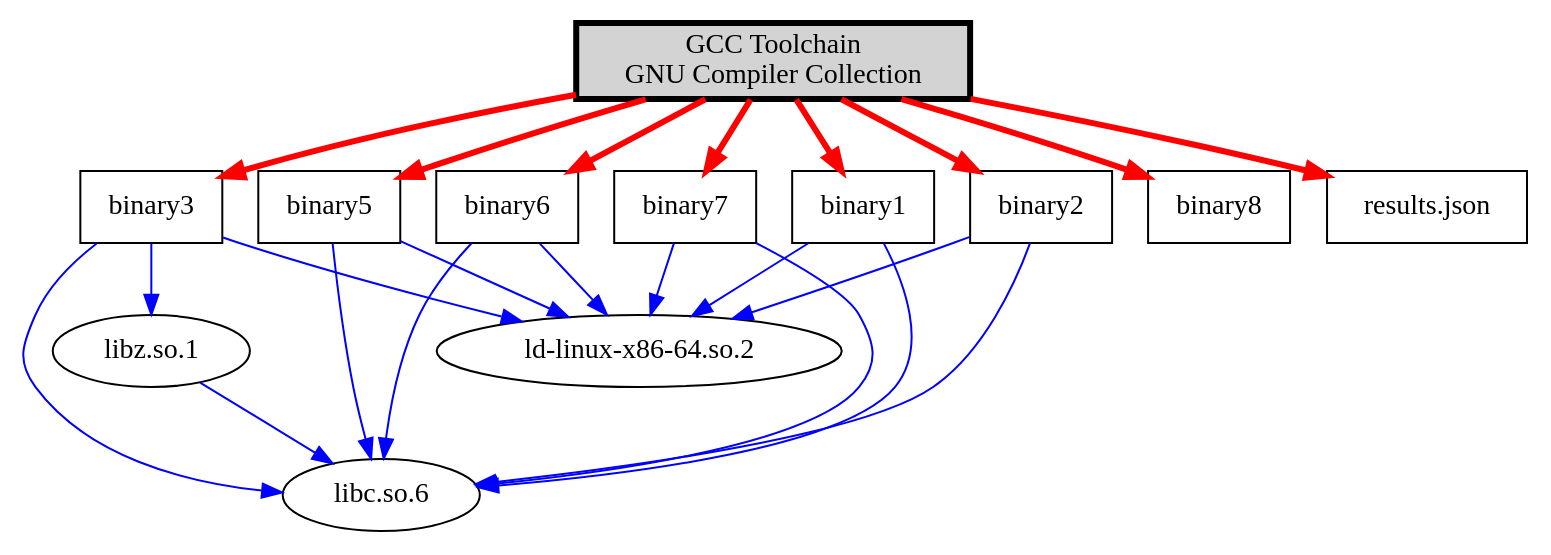
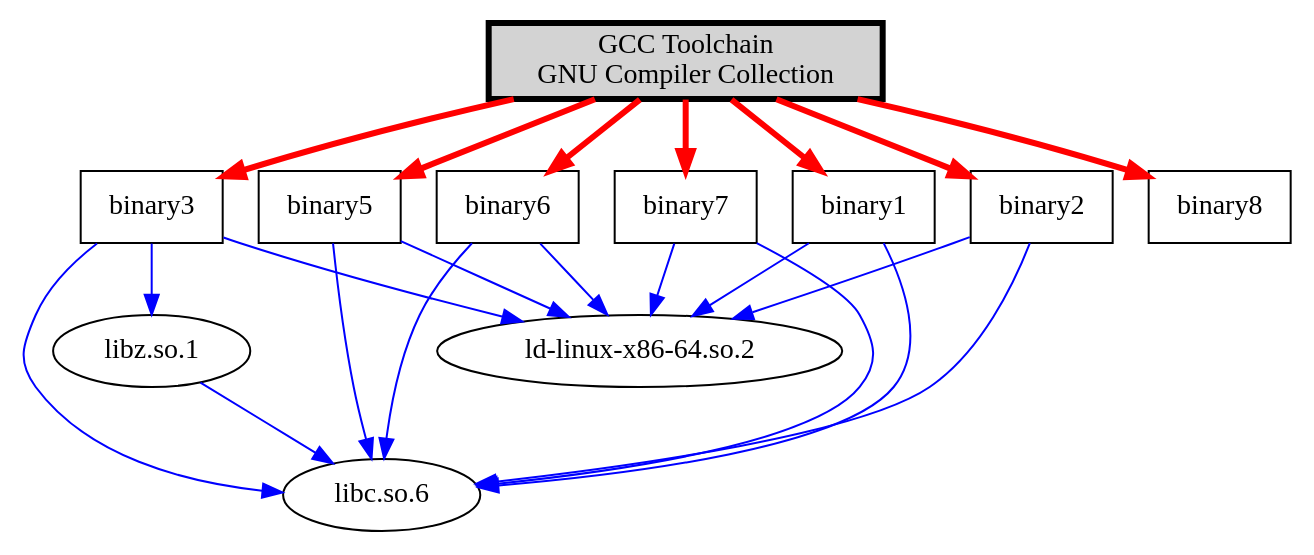
One commit to p7k-S/ISPuaro changed the diagram in scripts/sbom_graph.dot. Above: the diagram before and after it, drawn with Graphviz. The commit also changed 2 other files, not shown here.

```diff
--- a/scripts/sbom_graph.dot
+++ b/scripts/sbom_graph.dot
@@ -1,40 +1,38 @@
 digraph SBOM {
     node [shape=record];
     // Metadata
     // Platform: x86_64-linux-gnu (x86_64)
     // Description: GNU Compiler Collection
     "pkg:deb/debian/gcc@4.1.2" [label="GCC Toolchain\nGNU Compiler Collection", shape=box, style="bold,filled", fillcolor=lightgray, penwidth=3];
     "2bc75fa5ad779c5329d271546bcf9f65" [label="binary1\n", shape=box];
     "pkg:deb/debian/gcc@4.1.2" -> "2bc75fa5ad779c5329d271546bcf9f65" [color=red, style=bold, penwidth=3];
     "2bc75fa5ad779c5329d271546bcf9f65" -> "009a09df458d78514d3f7324b74da26c" [color=blue];
     "2bc75fa5ad779c5329d271546bcf9f65" -> "786209f5ea18ea186d34979aa51f3343" [color=blue];
     "009a09df458d78514d3f7324b74da26c" [label="libc.so.6\n", shape=ellipse];
     "786209f5ea18ea186d34979aa51f3343" [label="ld-linux-x86-64.so.2\n", shape=ellipse];
     "2f25beac43c57116de46e227db57d08b" [label="binary2\n", shape=box];
     "pkg:deb/debian/gcc@4.1.2" -> "2f25beac43c57116de46e227db57d08b" [color=red, style=bold, penwidth=3];
     "2f25beac43c57116de46e227db57d08b" -> "009a09df458d78514d3f7324b74da26c" [color=blue];
     "2f25beac43c57116de46e227db57d08b" -> "786209f5ea18ea186d34979aa51f3343" [color=blue];
     "ca21ec459bc61bf3f37b802de95643b5" [label="binary3\n", shape=box];
     "pkg:deb/debian/gcc@4.1.2" -> "ca21ec459bc61bf3f37b802de95643b5" [color=red, style=bold, penwidth=3];
     "ca21ec459bc61bf3f37b802de95643b5" -> "a472f69d270ee71120f52afd509771bc" [color=blue];
     "ca21ec459bc61bf3f37b802de95643b5" -> "009a09df458d78514d3f7324b74da26c" [color=blue];
     "ca21ec459bc61bf3f37b802de95643b5" -> "786209f5ea18ea186d34979aa51f3343" [color=blue];
     "a472f69d270ee71120f52afd509771bc" [label="libz.so.1\n", shape=ellipse];
     "a472f69d270ee71120f52afd509771bc" -> "009a09df458d78514d3f7324b74da26c" [color=blue];
     "9d7a37a8d8926db082066c37ff6852fc" [label="binary5\n", shape=box];
     "pkg:deb/debian/gcc@4.1.2" -> "9d7a37a8d8926db082066c37ff6852fc" [color=red, style=bold, penwidth=3];
     "9d7a37a8d8926db082066c37ff6852fc" -> "009a09df458d78514d3f7324b74da26c" [color=blue];
     "9d7a37a8d8926db082066c37ff6852fc" -> "786209f5ea18ea186d34979aa51f3343" [color=blue];
     "146b59f46d09b9234d28aa1db18a8e88" [label="binary6\n", shape=box];
     "pkg:deb/debian/gcc@4.1.2" -> "146b59f46d09b9234d28aa1db18a8e88" [color=red, style=bold, penwidth=3];
     "146b59f46d09b9234d28aa1db18a8e88" -> "009a09df458d78514d3f7324b74da26c" [color=blue];
     "146b59f46d09b9234d28aa1db18a8e88" -> "786209f5ea18ea186d34979aa51f3343" [color=blue];
     "40aa837904b50328ebbf3a3380e966dc" [label="binary7\n", shape=box];
     "pkg:deb/debian/gcc@4.1.2" -> "40aa837904b50328ebbf3a3380e966dc" [color=red, style=bold, penwidth=3];
     "40aa837904b50328ebbf3a3380e966dc" -> "009a09df458d78514d3f7324b74da26c" [color=blue];
     "40aa837904b50328ebbf3a3380e966dc" -> "786209f5ea18ea186d34979aa51f3343" [color=blue];
     "26baa7feee82f39e2738cfe1f603d776" [label="binary8\n", shape=box];
     "pkg:deb/debian/gcc@4.1.2" -> "26baa7feee82f39e2738cfe1f603d776" [color=red, style=bold, penwidth=3];
-    "04ec9a192583fb263810d342a9d2ae93" [label="results.json\n", shape=box];
-    "pkg:deb/debian/gcc@4.1.2" -> "04ec9a192583fb263810d342a9d2ae93" [color=red, style=bold, penwidth=3];
 }
```
